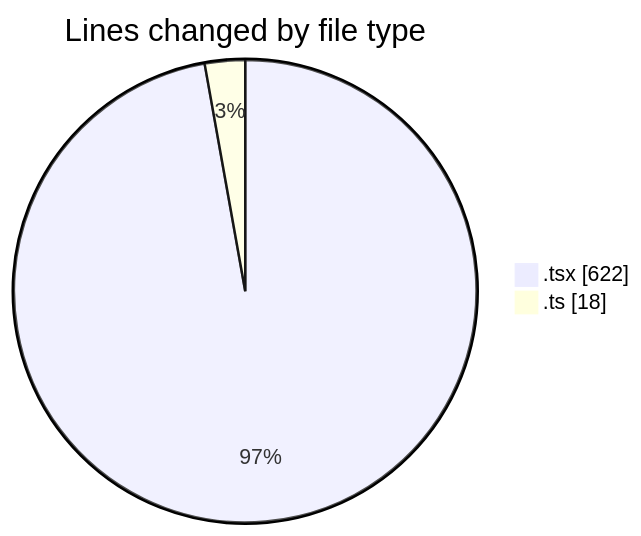
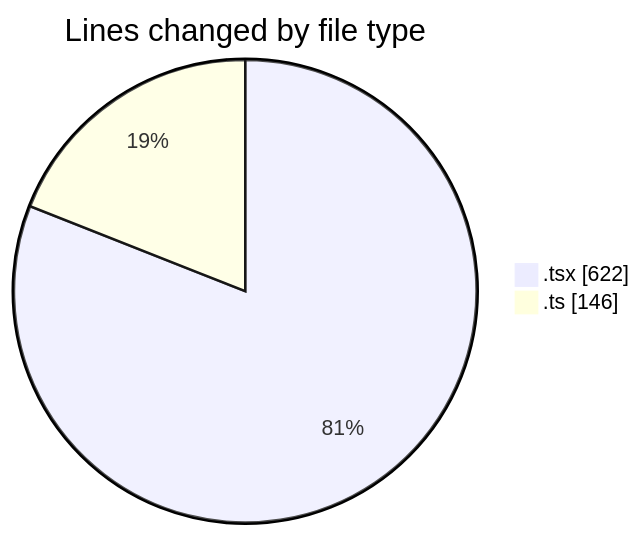
One commit to nxtqubesakshisongat/code-tracking changed the first of 2 diagrams in 2026-04-13/airfeed-analytics-dashboard/README.md. Above: the diagram before and after it, drawn with Mermaid. The commit also changed other lines of this file and 1 other file, not shown here.

````diff
--- a/2026-04-13/airfeed-analytics-dashboard/README.md
+++ b/2026-04-13/airfeed-analytics-dashboard/README.md
@@ -23,6 +24,6 @@
 ```mermaid
 pie showData
 title Lines changed by file type
 ".tsx" : 622
-".ts" : 18
+".ts" : 146
 ```
````
